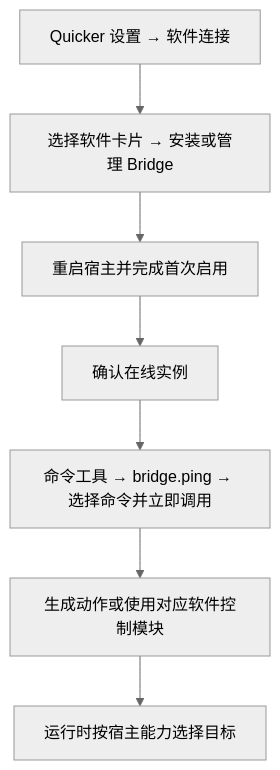
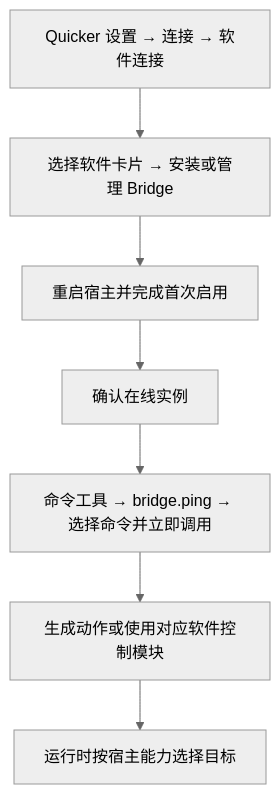
Before and after one commit to QuickerOrg/docs.getquicker.net: the diagram in docs/v2/features/software-connections/index.md, drawn with Mermaid (neutral theme). The commit also changed other lines of this file and 25 other files, not shown here.

````diff
--- a/docs/v2/features/software-connections/index.md
+++ b/docs/v2/features/software-connections/index.md
@@ -18,9 +18,9 @@
 ```mermaid
 flowchart TD
-  A[Quicker 设置 → 软件连接] --> B[选择软件卡片 → 安装或管理 Bridge]
+  A[Quicker 设置 → 连接 → 软件连接] --> B[选择软件卡片 → 安装或管理 Bridge]
   B --> C[重启宿主并完成首次启用]
   C --> D[确认在线实例]
   D --> E[命令工具 → bridge.ping → 选择命令并立即调用]
   E --> F[生成动作或使用对应软件控制模块]
   F --> G[运行时按宿主能力选择目标]
 ```
````
